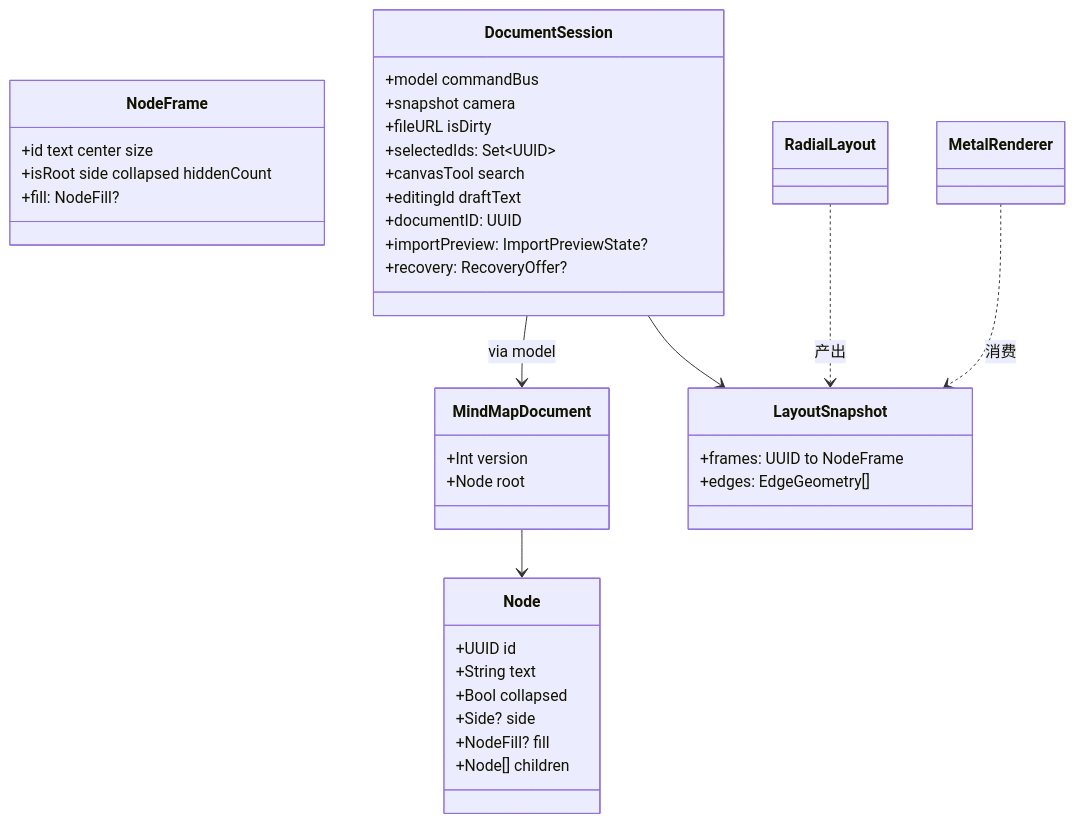
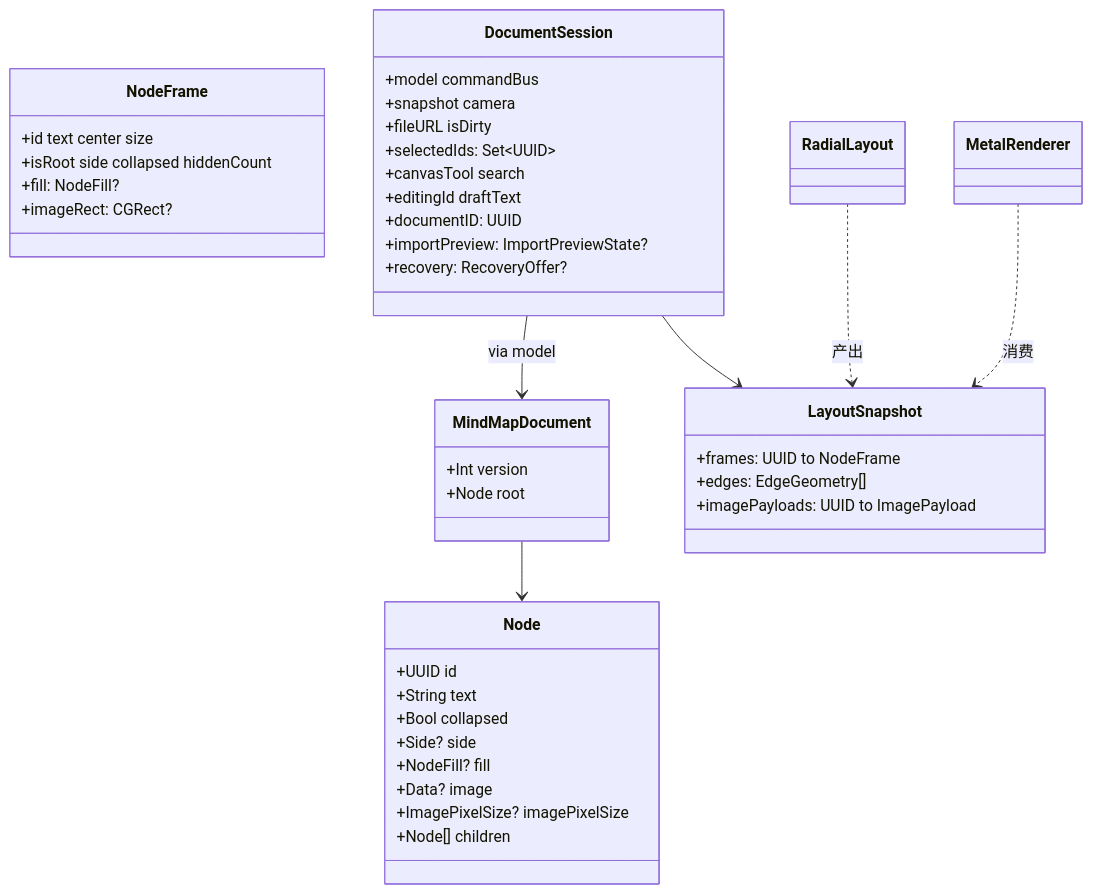
One commit to LieonShelly/Linva changed the third of 5 diagrams in docs/架构现状.md. Above: the diagram before and after it, drawn with Mermaid. The commit also changed other lines of this file and 2 other files, not shown here.

Commit message:
docs: 图片节点增量落档（架构现状 §17 + 边界白名单 + codec/layout 技能同步）

````diff
--- a/docs/架构现状.md
+++ b/docs/架构现状.md
@@ -185,40 +185,44 @@
 ```mermaid
 classDiagram
   class MindMapDocument {
     +Int version
     +Node root
   }
   class Node {
     +UUID id
     +String text
     +Bool collapsed
     +Side? side
     +NodeFill? fill
+    +Data? image
+    +ImagePixelSize? imagePixelSize
     +Node[] children
   }
   class LayoutSnapshot {
     +frames: UUID to NodeFrame
     +edges: EdgeGeometry[]
+    +imagePayloads: UUID to ImagePayload
   }
   class NodeFrame {
     +id text center size
     +isRoot side collapsed hiddenCount
     +fill: NodeFill?
+    +imageRect: CGRect?
   }
   class DocumentSession {
     +model commandBus
     +snapshot camera
     +fileURL isDirty
     +selectedIds: Set~UUID~
     +canvasTool search
     +editingId draftText
     +documentID: UUID
     +importPreview: ImportPreviewState?
     +recovery: RecoveryOffer?
   }
   MindMapDocument --> Node
   DocumentSession --> MindMapDocument : via model
   DocumentSession --> LayoutSnapshot
   RadialLayout ..> LayoutSnapshot : 产出
   MetalRenderer ..> LayoutSnapshot : 消费
 ```
````
